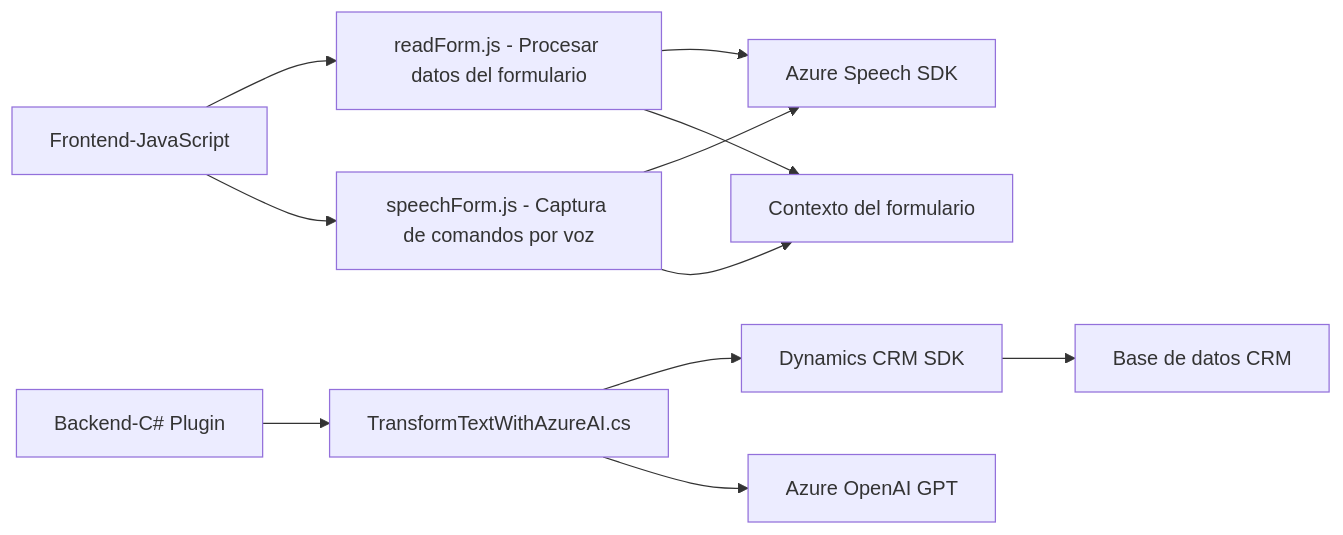
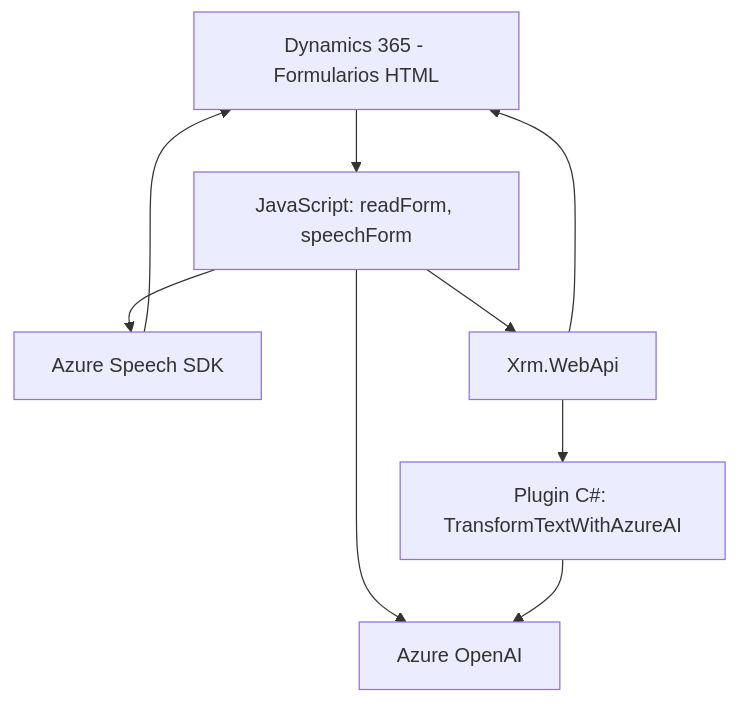
One commit to blopezdm/NETCORE_BILBAO2025 changed the diagram in README.md. Above: the diagram before and after it, drawn with Mermaid. The commit also changed other lines of this file, not shown here.

````diff
--- a/README.md
+++ b/README.md
@@ -36,14 +33,18 @@
 ```mermaid
-graph LR
-    A["Frontend-JavaScript"] --> B["readForm.js - Procesar datos del formulario"]
-    A --> C["speechForm.js - Captura de comandos por voz"]
-    B --> D["Azure Speech SDK"]
-    C --> D["Azure Speech SDK"]
-    E["Backend-C# Plugin"] --> F["TransformTextWithAzureAI.cs"]
-    F --> G["Dynamics CRM SDK"]
-    F --> H["Azure OpenAI GPT"]
-    B --> I["Contexto del formulario"]
-    C --> I["Contexto del formulario"]
-    G --> J["Base de datos CRM"]
+graph TD
+    A["Dynamics 365 - Formularios HTML"]
+    B["JavaScript: readForm, speechForm"]
+    C["Azure Speech SDK"]
+    D["Azure OpenAI"]
+    E["Plugin C#: TransformTextWithAzureAI"]
+    F["Xrm.WebApi"]
 
+    A-->B
+    B-->C
+    B-->F
+    B-->D
+    F-->E
+    E-->D
+    C-->A
+    F-->A
 ```
````
